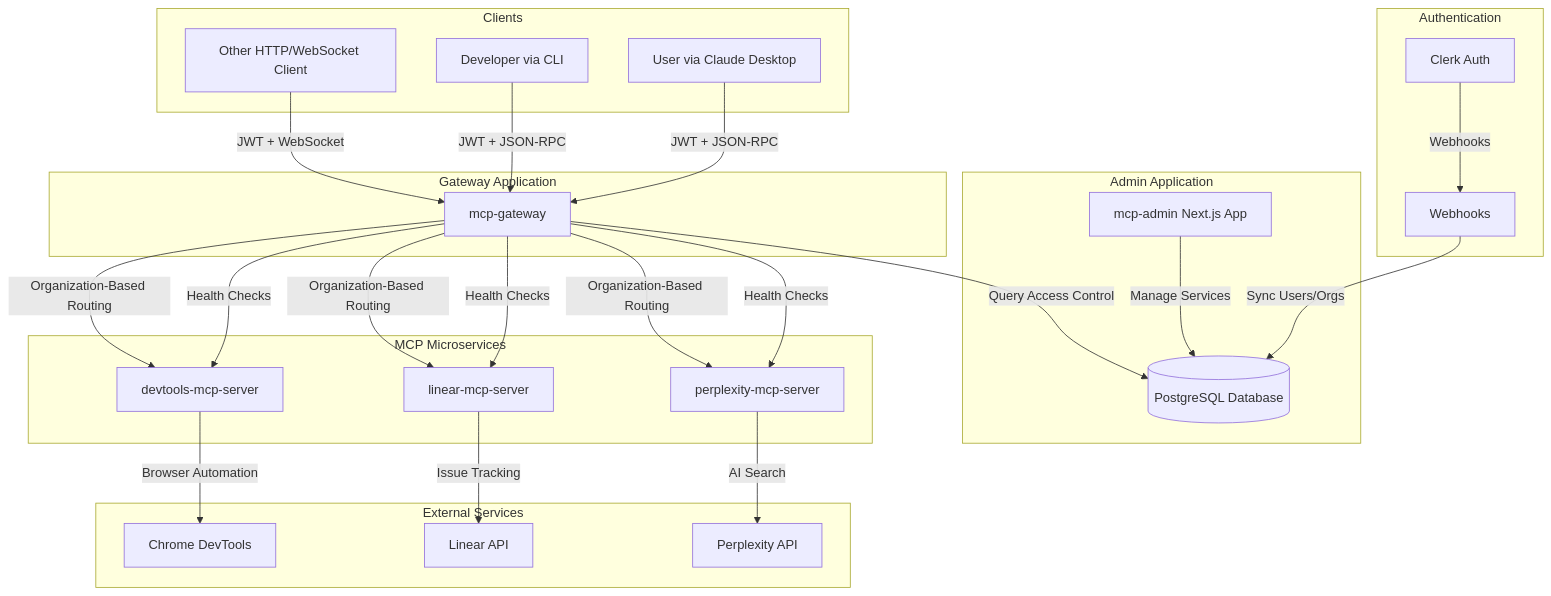
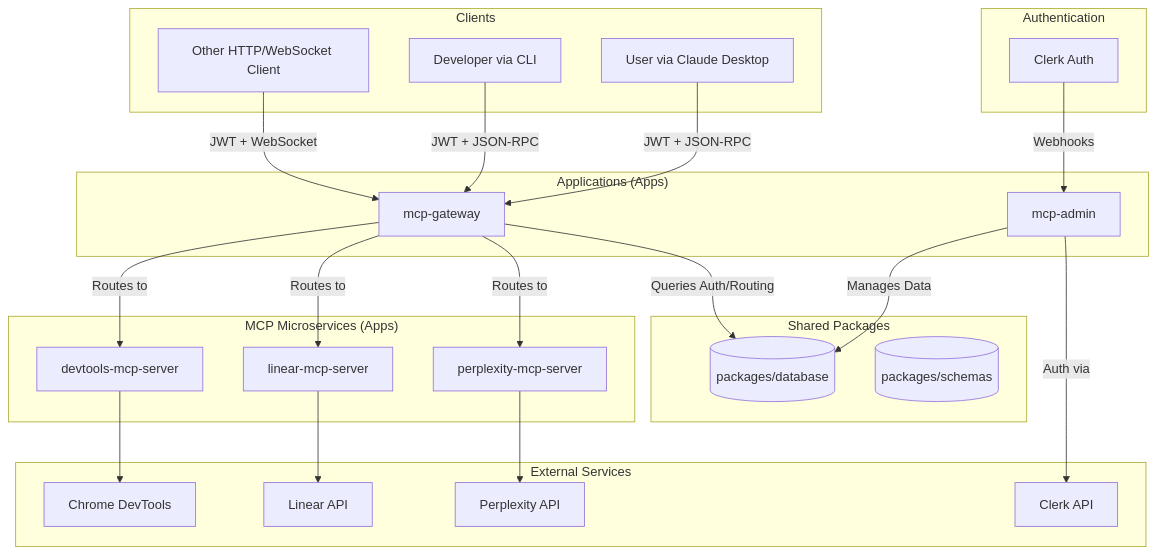
The diagram in docs/ARCHITECTURE.md (Bothire-Agent-Marketplace/omni-mcp), drawn with Mermaid before and after one commit. The commit also changed other lines of this file and 16 other files, not shown here.

First line of the commit message:
feat: implement shared Prisma database package

````diff
--- a/docs/ARCHITECTURE.md
+++ b/docs/ARCHITECTURE.md
@@ -20,55 +22,53 @@
 ```mermaid
 graph TD
     subgraph Clients
         C1[User via Claude Desktop]
         C2[Developer via CLI]
         C3[Other HTTP/WebSocket Client]
     end
 
     subgraph Authentication
         CL[Clerk Auth]
-        WH[Webhooks]
     end
 
-    subgraph Admin Application
-        AD[mcp-admin Next.js App]
-        DB[(PostgreSQL Database)]
+    subgraph "Shared Packages"
+        DB[(packages/database)]
+        SCHEMAS[(packages/schemas)]
     end
 
-    subgraph Gateway Application
-        G[mcp-gateway]
+    subgraph "Applications (Apps)"
+      ADMIN[mcp-admin]
+      GW[mcp-gateway]
     end
 
-    subgraph MCP Microservices
+
+    subgraph "MCP Microservices (Apps)"
         S1[devtools-mcp-server]
         S2[linear-mcp-server]
         S3[perplexity-mcp-server]
     end
 
-    subgraph External Services
+    subgraph "External Services"
         E1[Chrome DevTools]
         E2[Linear API]
         E3[Perplexity API]
+        E4[Clerk API]
     end
 
-    C1 -->|JWT + JSON-RPC| G
-    C2 -->|JWT + JSON-RPC| G
-    C3 -->|JWT + WebSocket| G
+    C1 -->|JWT + JSON-RPC| GW
+    C2 -->|JWT + JSON-RPC| GW
+    C3 -->|JWT + WebSocket| GW
 
-    CL -->|Webhooks| WH
-    WH -->|Sync Users/Orgs| DB
-    AD -->|Manage Services| DB
-    G -->|Query Access Control| DB
+    CL -- Webhooks --> ADMIN
+    ADMIN -- Manages Data --> DB
+    GW -- Queries Auth/Routing --> DB
 
-    G -- Health Checks --> S1
-    G -- Health Checks --> S2
-    G -- Health Checks --> S3
+    GW -- Routes to --> S1
+    GW -- Routes to --> S2
+    GW -- Routes to --> S3
 
-    G -- Organization-Based Routing --> S1
-    G -- Organization-Based Routing --> S2
-    G -- Organization-Based Routing --> S3
-
-    S1 -->|Browser Automation| E1
-    S2 -->|Issue Tracking| E2
-    S3 -->|AI Search| E3
+    S1 --> E1
+    S2 --> E2
+    S3 --> E3
+    ADMIN -- Auth via --> E4
 ```
````
